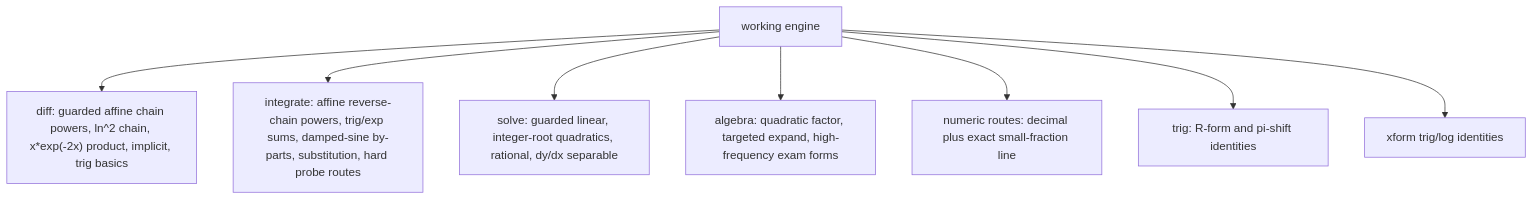
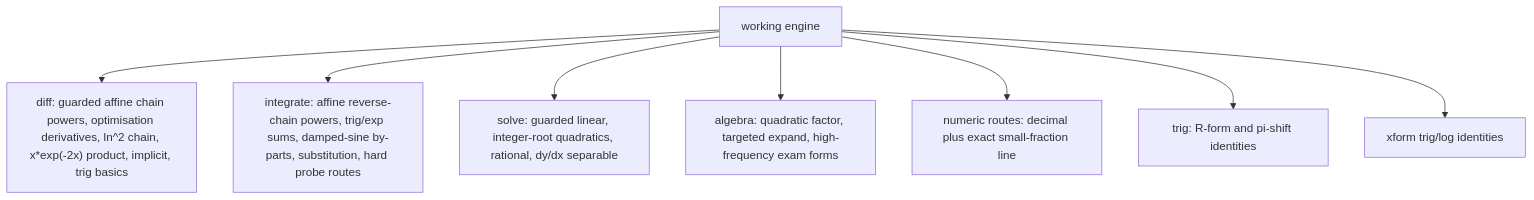
The third of 6 diagrams in docs/GRAPH.md (james8464/notes-addin-casio-fx-cg50), drawn with Mermaid before and after one commit. The commit also changed other lines of this file and 4 other files, not shown here.

Commit message:
feat: add optimisation derivative working routes

````diff
--- a/docs/GRAPH.md
+++ b/docs/GRAPH.md
@@ -34,10 +34,10 @@
 ```mermaid
 graph TD
-  Work["working engine"] --> Diff["diff: guarded affine chain powers, ln^2 chain, x*exp(-2x) product, implicit, trig basics"]
+  Work["working engine"] --> Diff["diff: guarded affine chain powers, optimisation derivatives, ln^2 chain, x*exp(-2x) product, implicit, trig basics"]
   Work --> Int["integrate: affine reverse-chain powers, trig/exp sums, damped-sine by-parts, substitution, hard probe routes"]
   Work --> Solve["solve: guarded linear, integer-root quadratics, rational, dy/dx separable"]
   Work --> Alg["algebra: quadratic factor, targeted expand, high-frequency exam forms"]
   Work --> Num["numeric routes: decimal plus exact small-fraction line"]
   Work --> Trig["trig: R-form and pi-shift identities"]
   Work --> Xform["xform trig/log identities"]
 ```
````
